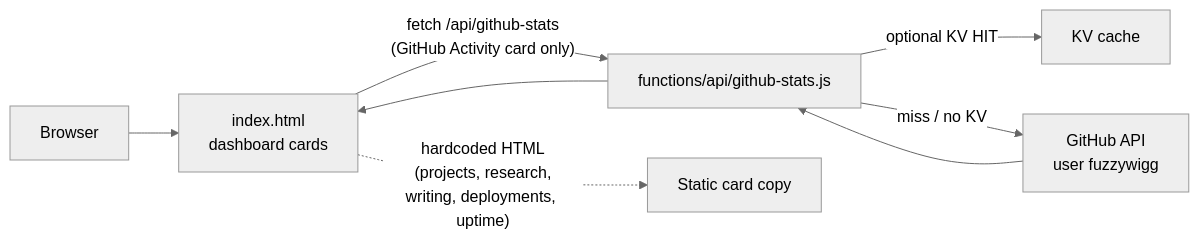
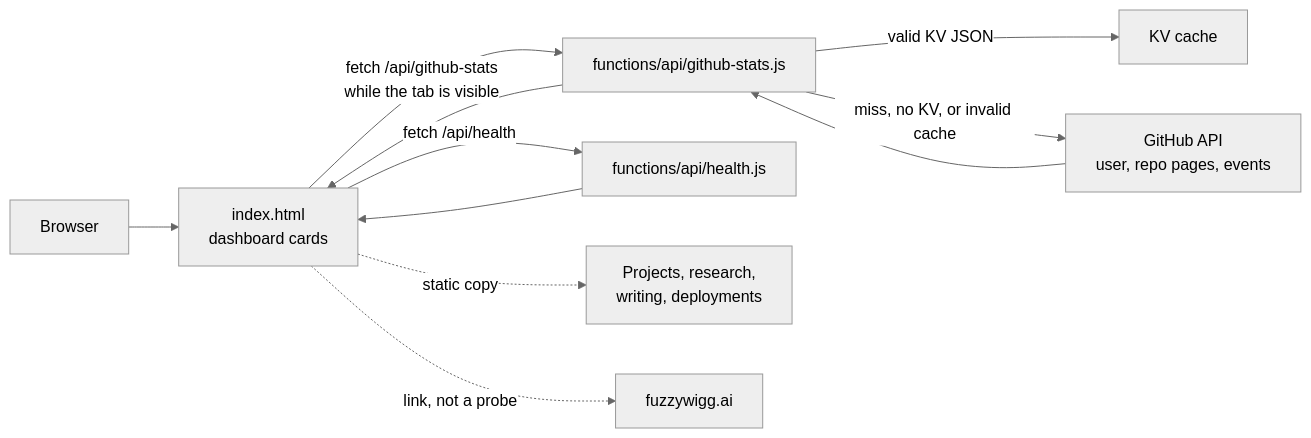
Before and after one commit to fuzzywigg/meromhouse: the diagram in README.md, drawn with Mermaid (neutral theme). The commit also changed other lines of this file and 2 other files, not shown here.

Commit message:
Check the dashboard shell and document the live sources. (#23)
The README still treated uptime as static copy, and nothing checked that script ids, external links, and meta tags stay in place.

````diff
--- a/README.md
+++ b/README.md
@@ -36,10 +36,13 @@
 ```mermaid
 flowchart LR
   Browser["Browser"] --> Index["index.html<br/>dashboard cards"]
-  Index -->|"fetch /api/github-stats<br/>(GitHub Activity card only)"| Fn["functions/api/github-stats.js"]
-  Fn -->|"optional KV HIT"| KV["KV cache"]
-  Fn -->|"miss / no KV"| GH["GitHub API<br/>user fuzzywigg"]
-  GH --> Fn
-  Fn --> Index
-  Index -.->|"hardcoded HTML<br/>(projects, research,<br/>writing, deployments, uptime)"| Static["Static card copy"]
+  Index -->|"fetch /api/github-stats<br/>while the tab is visible"| GhFn["functions/api/github-stats.js"]
+  GhFn -->|"valid KV JSON"| KV["KV cache"]
+  GhFn -->|"miss, no KV, or invalid cache"| GH["GitHub API<br/>user, repo pages, events"]
+  GH --> GhFn
+  GhFn --> Index
+  Index -->|"fetch /api/health"| Health["functions/api/health.js"]
+  Health --> Index
+  Index -.->|"static copy"| Static["Projects, research,<br/>writing, deployments"]
+  Index -.->|"link, not a probe"| Hub["fuzzywigg.ai"]
 ```
````
